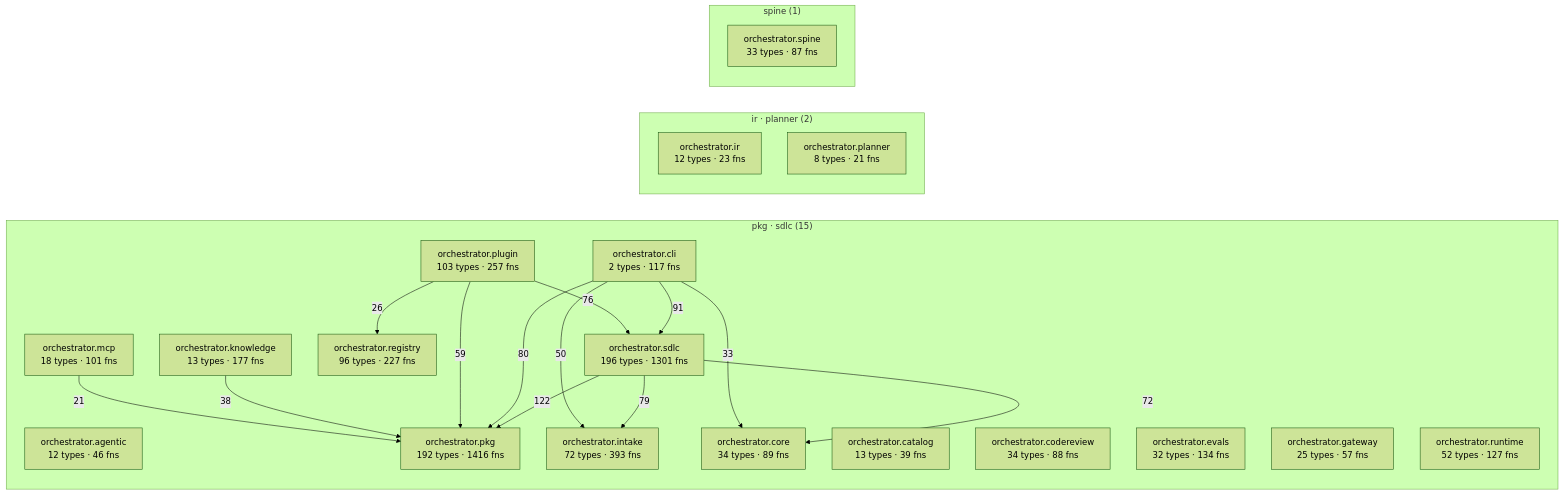
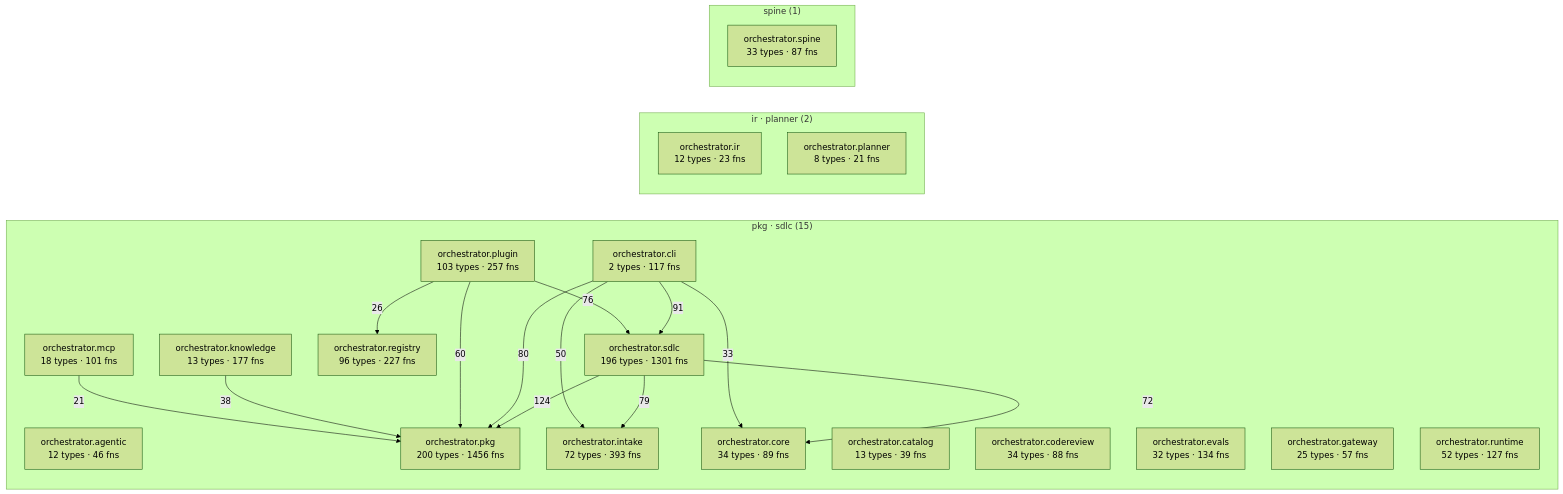
Before and after one commit to synaptixs/spine: the diagram in episteme/architecture.md, drawn with Mermaid (forest theme). The commit also changed other lines of this file and 17 other files, not shown here.

````diff
--- a/episteme/architecture.md
+++ b/episteme/architecture.md
@@ -56,39 +56,39 @@
 ```mermaid
 flowchart LR
   subgraph c_2["pkg · sdlc (15)"]
     aorchestratoragentic["orchestrator.agentic<br/>12 types · 46 fns"]
     aorchestratorcatalog["orchestrator.catalog<br/>13 types · 39 fns"]
     aorchestratorcli["orchestrator.cli<br/>2 types · 117 fns"]
     aorchestratorcodereview["orchestrator.codereview<br/>34 types · 88 fns"]
     aorchestratorcore["orchestrator.core<br/>34 types · 89 fns"]
     aorchestratorevals["orchestrator.evals<br/>32 types · 134 fns"]
     aorchestratorgateway["orchestrator.gateway<br/>25 types · 57 fns"]
     aorchestratorintake["orchestrator.intake<br/>72 types · 393 fns"]
     aorchestratorknowledge["orchestrator.knowledge<br/>13 types · 177 fns"]
     aorchestratormcp["orchestrator.mcp<br/>18 types · 101 fns"]
-    aorchestratorpkg["orchestrator.pkg<br/>192 types · 1416 fns"]
+    aorchestratorpkg["orchestrator.pkg<br/>200 types · 1456 fns"]
     aorchestratorplugin["orchestrator.plugin<br/>103 types · 257 fns"]
     aorchestratorregistry["orchestrator.registry<br/>96 types · 227 fns"]
     aorchestratorruntime["orchestrator.runtime<br/>52 types · 127 fns"]
     aorchestratorsdlc["orchestrator.sdlc<br/>196 types · 1301 fns"]
   end
   subgraph c_6["ir · planner (2)"]
     aorchestratorir["orchestrator.ir<br/>12 types · 23 fns"]
     aorchestratorplanner["orchestrator.planner<br/>8 types · 21 fns"]
   end
   subgraph c_12["spine (1)"]
     aorchestratorspine["orchestrator.spine<br/>33 types · 87 fns"]
   end
-  aorchestratorsdlc -->|122| aorchestratorpkg
+  aorchestratorsdlc -->|124| aorchestratorpkg
   aorchestratorcli -->|91| aorchestratorsdlc
   aorchestratorcli -->|80| aorchestratorpkg
   aorchestratorsdlc -->|79| aorchestratorintake
   aorchestratorplugin -->|76| aorchestratorsdlc
   aorchestratorsdlc -->|72| aorchestratorcore
-  aorchestratorplugin -->|59| aorchestratorpkg
+  aorchestratorplugin -->|60| aorchestratorpkg
   aorchestratorcli -->|50| aorchestratorintake
   aorchestratorknowledge -->|38| aorchestratorpkg
   aorchestratorcli -->|33| aorchestratorcore
   aorchestratorplugin -->|26| aorchestratorregistry
   aorchestratormcp -->|21| aorchestratorpkg
 ```
````
